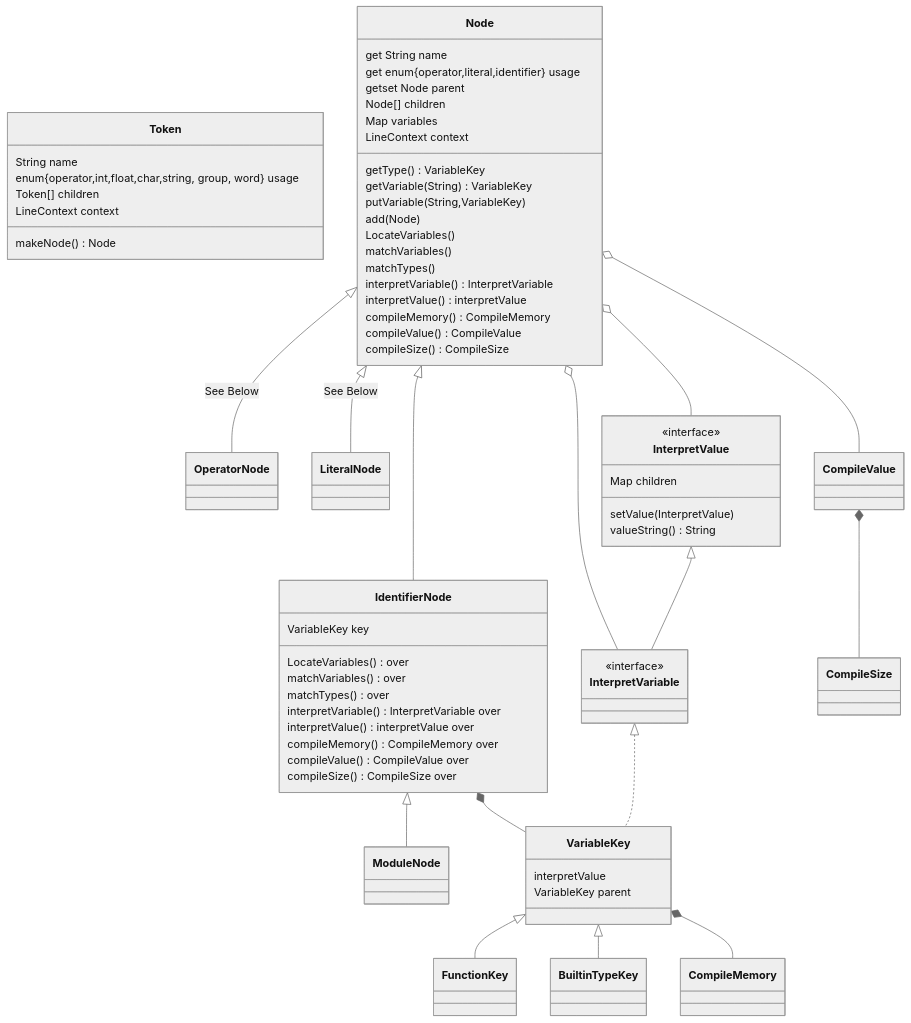
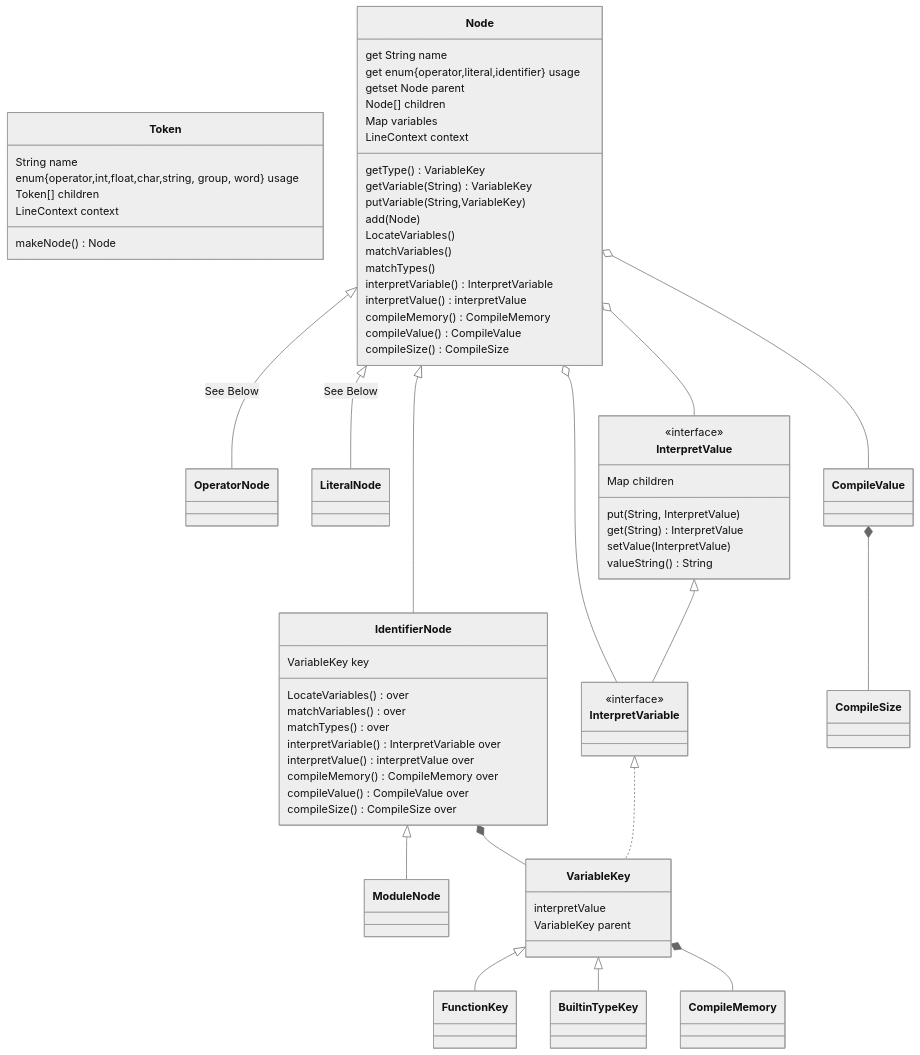
One commit to Jzhyang1/Monomer changed the first of 4 diagrams in Implementation.md. Above: the diagram before and after it, drawn with Mermaid (neutral theme). The commit also changed other lines of this file, not shown here.

````diff
--- a/Implementation.md
+++ b/Implementation.md
@@ -59,63 +59,65 @@
 ```mermaid
 classDiagram
 class Token
 
 Node <|-- OperatorNode: See Below
 Node <|-- LiteralNode: See Below
 Node <|-- IdentifierNode
 Node o-- InterpretVariable
 Node o-- InterpretValue
 IdentifierNode <|-- ModuleNode
 IdentifierNode *-- VariableKey
 VariableKey <|-- FunctionKey
 VariableKey <|-- BuiltinTypeKey
 VariableKey *-- CompileMemory
 InterpretValue <|-- InterpretVariable
 InterpretVariable <|.. VariableKey
 CompileValue *-- CompileSize
 Node o-- CompileValue
 
 Token: String name
 Token: enum{operator,int,float,char,string, group, word} usage
 Token: Token[] children
 Token: LineContext context
 Token: makeNode() Node
 
 Node: get String name
 Node: get enum{operator,literal,identifier} usage
 Node: getset Node parent
 Node: Node[] children
 Node: Map<String, VariableKey> variables
 Node: LineContext context
 Node: getType() VariableKey
 Node: getVariable(String) VariableKey
 Node: putVariable(String,VariableKey)
 Node: add(Node)
 Node: LocateVariables()
 Node: matchVariables()
 Node: matchTypes()
 Node: interpretVariable() InterpretVariable
 Node: interpretValue() interpretValue
 Node: compileMemory() CompileMemory
 Node: compileValue() CompileValue
 Node: compileSize() CompileSize
 
 IdentifierNode: VariableKey key
 IdentifierNode: LocateVariables() over
 IdentifierNode: matchVariables() over
 IdentifierNode: matchTypes() over
 IdentifierNode: interpretVariable() InterpretVariable over
 IdentifierNode: interpretValue() interpretValue over
 IdentifierNode: compileMemory() CompileMemory over
 IdentifierNode: compileValue() CompileValue over
 IdentifierNode: compileSize() CompileSize over
 
 <<interface>> InterpretValue
 InterpretValue: Map<String, InterpretValue> children
+InterpretValue: put(String, InterpretValue)
+InterpretValue: get(String) InterpretValue
 InterpretValue: setValue(InterpretValue)
 InterpretValue: valueString() String
 <<interface>> InterpretVariable
 
 VariableKey: interpretValue
 VariableKey: VariableKey parent
 ```
````
